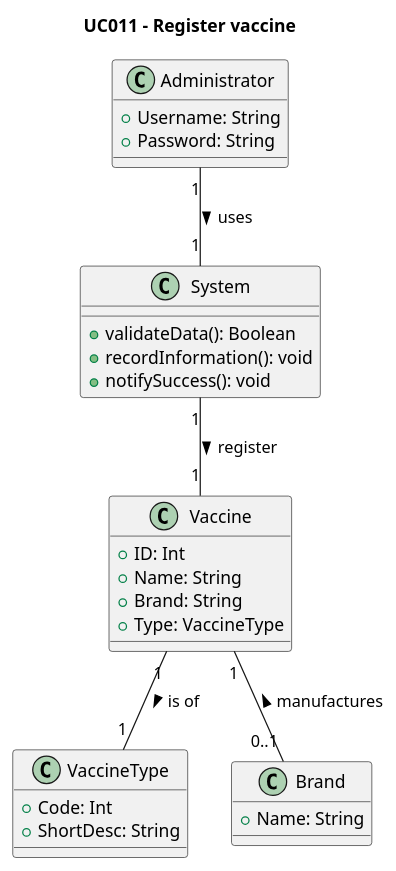
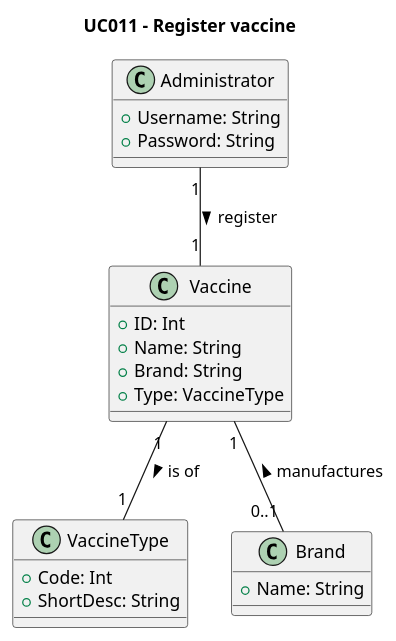
Before and after one commit to rafaafig/SnsTrab: the diagram in sns-base/doc/global/use-cases/UC011/uc-UCD011-DM.puml, drawn with PlantUML. The commit also changed 10 other files, not shown here.

```diff
--- a/sns-base/doc/global/use-cases/UC011/uc-UCD011-DM.puml
+++ b/sns-base/doc/global/use-cases/UC011/uc-UCD011-DM.puml
@@ -1,43 +1,37 @@
 @startuml
 'skinparam monochrome true
 'skinparam shadowing false
 
 
 title UC011 - Register vaccine
 
 class Administrator {
     +Username: String
     +Password: String
 }
 
 
 class Vaccine {
     +ID: Int
     +Name: String
     +Brand: String
     +Type: VaccineType
 }
 
 class VaccineType {
     +Code: Int
     +ShortDesc: String
 }
 
 class Brand {
     +Name: String
 }
 
-class System {
-    +validateData(): Boolean
-    +recordInformation(): void
-    +notifySuccess(): void
-}
 
 ' Relationships
-Administrator "1" -- "1" System : uses >
-System "1" -- "1" Vaccine : register >
+Administrator "1" -- "1" Vaccine : register >
 Vaccine "1" -- "0..1" Brand : manufactures <
 Vaccine "1" -- "1" VaccineType : is of >
 
 
 @enduml
```
